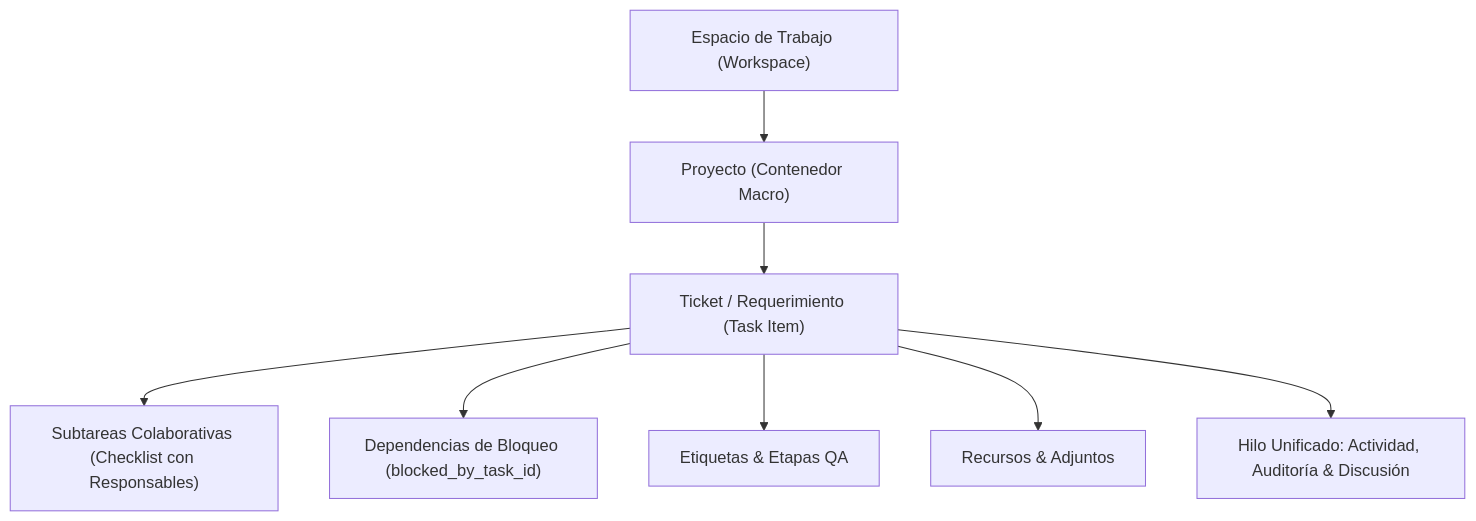
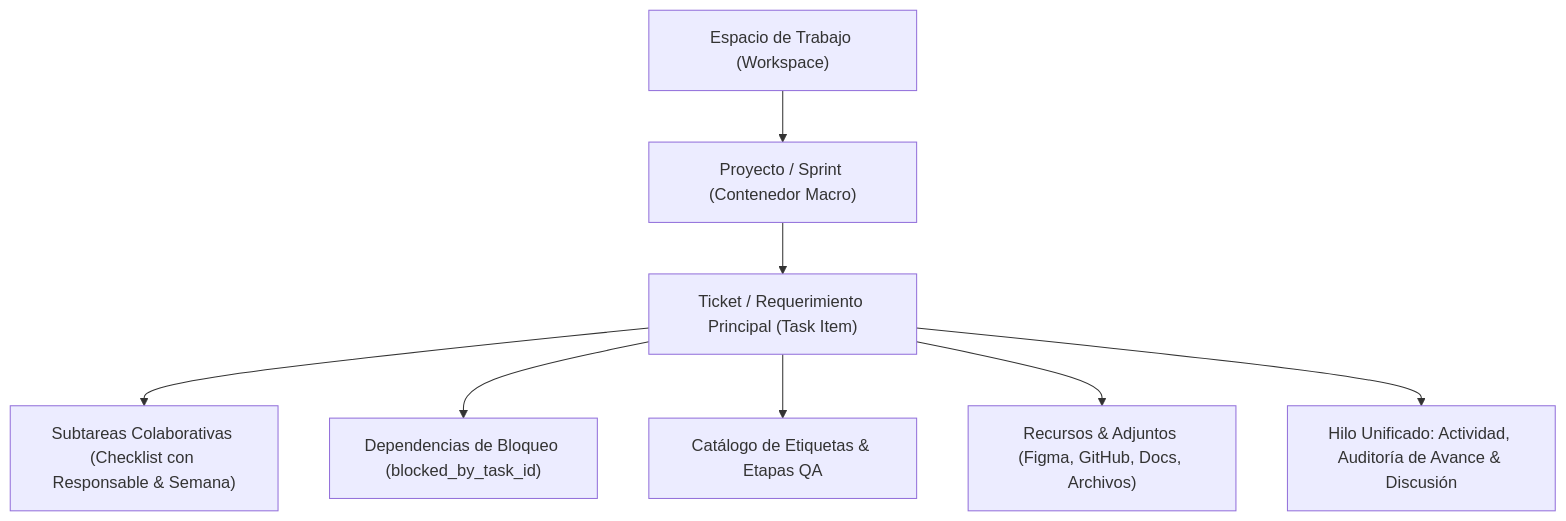
The first of 3 diagrams in docs/2-architecture/modules/task-management-architecture.md (ChristianGroove/agency-manager), drawn with Mermaid before and after one commit. The commit also changed other lines of this file and 20 other files, not shown here.

````diff
--- a/docs/2-architecture/modules/task-management-architecture.md
+++ b/docs/2-architecture/modules/task-management-architecture.md
@@ -11,10 +11,10 @@
 ```mermaid
 graph TD
-    A["Espacio de Trabajo (Workspace)"] --> B["Proyecto (Contenedor Macro)"]
-    B --> C["Ticket / Requerimiento (Task Item)"]
-    C --> D["Subtareas Colaborativas (Checklist con Responsables)"]
+    A["Espacio de Trabajo (Workspace)"] --> B["Proyecto / Sprint (Contenedor Macro)"]
+    B --> C["Ticket / Requerimiento Principal (Task Item)"]
+    C --> D["Subtareas Colaborativas (Checklist con Responsable & Semana)"]
     C --> E["Dependencias de Bloqueo (blocked_by_task_id)"]
-    C --> F["Etiquetas & Etapas QA"]
-    C --> G["Recursos & Adjuntos"]
-    C --> H["Hilo Unificado: Actividad, Auditoría & Discusión"]
+    C --> F["Catálogo de Etiquetas & Etapas QA"]
+    C --> G["Recursos & Adjuntos (Figma, GitHub, Docs, Archivos)"]
+    C --> H["Hilo Unificado: Actividad, Auditoría de Avance & Discusión"]
 ```
````
